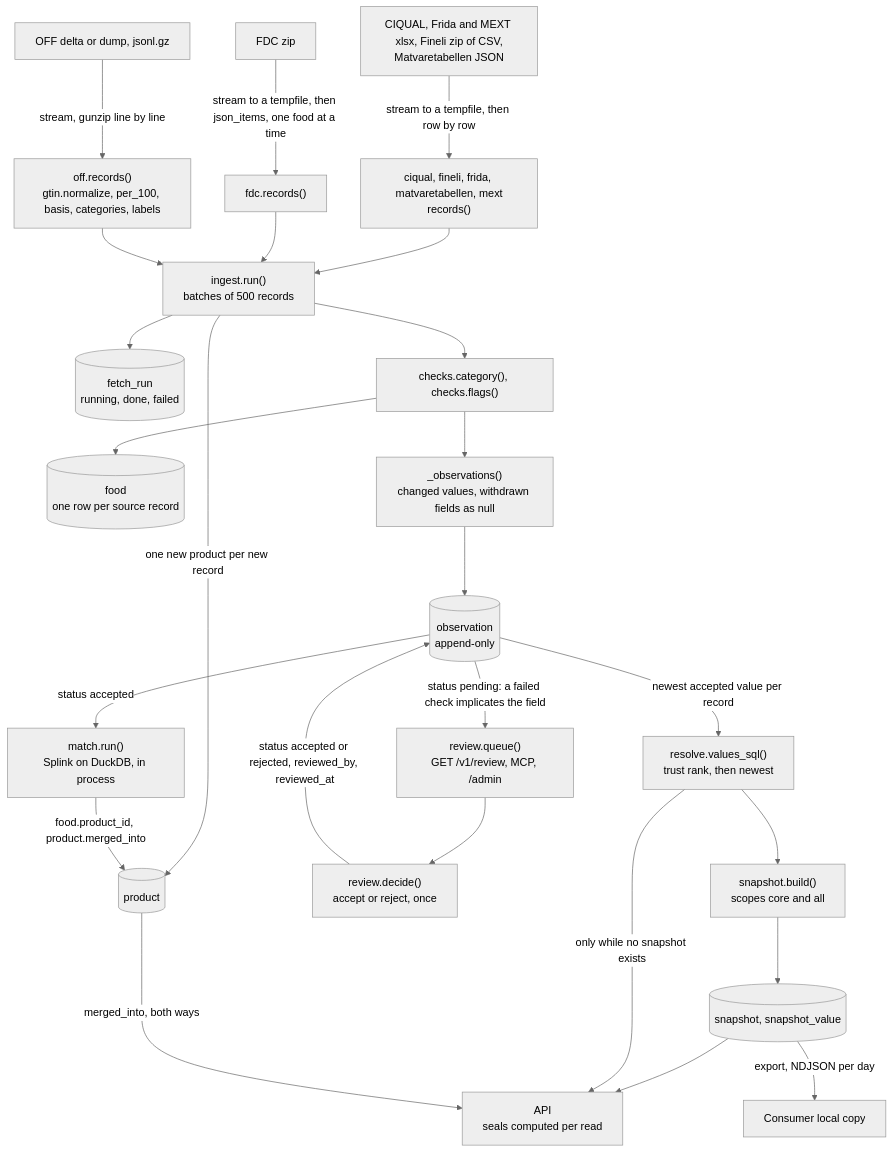
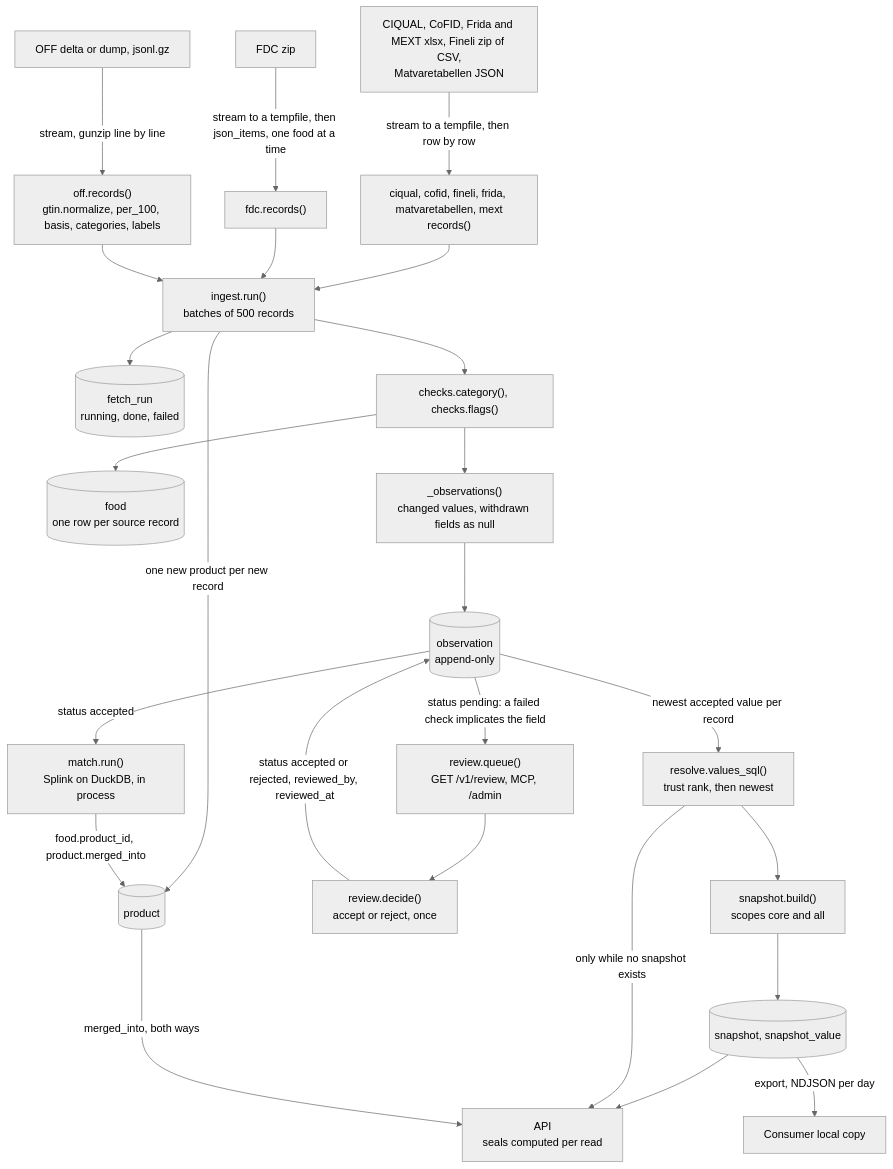
One commit to eait-fit/fooddb changed the third of 19 diagrams in docs/architecture.md. Above: the diagram before and after it, drawn with Mermaid (neutral theme). The commit also changed other lines of this file and 15 other files, not shown here.

````diff
--- a/docs/architecture.md
+++ b/docs/architecture.md
@@ -158,27 +158,27 @@
 ```mermaid
 flowchart TD
     fdcsrc["FDC zip"] -->|"stream to a tempfile, then json_items, one food at a time"| fdcrec["fdc.records()"]
-    tabsrc["CIQUAL, Frida and MEXT xlsx, Fineli zip of CSV,<br/>Matvaretabellen JSON"] -->|"stream to a tempfile, then row by row"| tabrec["ciqual, fineli, frida, matvaretabellen, mext<br/>records()"]
+    tabsrc["CIQUAL, CoFID, Frida and MEXT xlsx, Fineli zip of CSV,<br/>Matvaretabellen JSON"] -->|"stream to a tempfile, then row by row"| tabrec["ciqual, cofid, fineli, frida, matvaretabellen, mext<br/>records()"]
     tabrec --> run
     offsrc["OFF delta or dump, jsonl.gz"] -->|"stream, gunzip line by line"| offrec["off.records()<br/>gtin.normalize, per_100, basis, categories, labels"]
     fdcrec --> run["ingest.run()<br/>batches of 500 records"]
     offrec --> run
     run --> fr[("fetch_run<br/>running, done, failed")]
     run -->|"one new product per new record"| prod[("product")]
     run --> chk["checks.category(), checks.flags()"]
     chk --> foodt[("food<br/>one row per source record")]
     chk --> diff["_observations()<br/>changed values, withdrawn fields as null"]
     diff --> obs[("observation<br/>append-only")]
     obs -->|"status pending: a failed check implicates the field"| queue["review.queue()<br/>GET /v1/review, MCP, /admin"]
     queue --> decide["review.decide()<br/>accept or reject, once"]
     decide -->|"status accepted or rejected, reviewed_by, reviewed_at"| obs
     obs -->|"status accepted"| match["match.run()<br/>Splink on DuckDB, in process"]
     match -->|"food.product_id, product.merged_into"| prod
     obs -->|"newest accepted value per record"| resolver["resolve.values_sql()<br/>trust rank, then newest"]
     resolver --> snap["snapshot.build()<br/>scopes core and all"]
     snap --> sv[("snapshot, snapshot_value")]
     sv --> api["API<br/>seals computed per read"]
     sv -->|"export, NDJSON per day"| consumer["Consumer local copy"]
     resolver -->|"only while no snapshot exists"| api
     prod -->|"merged_into, both ways"| api
 ```
````
